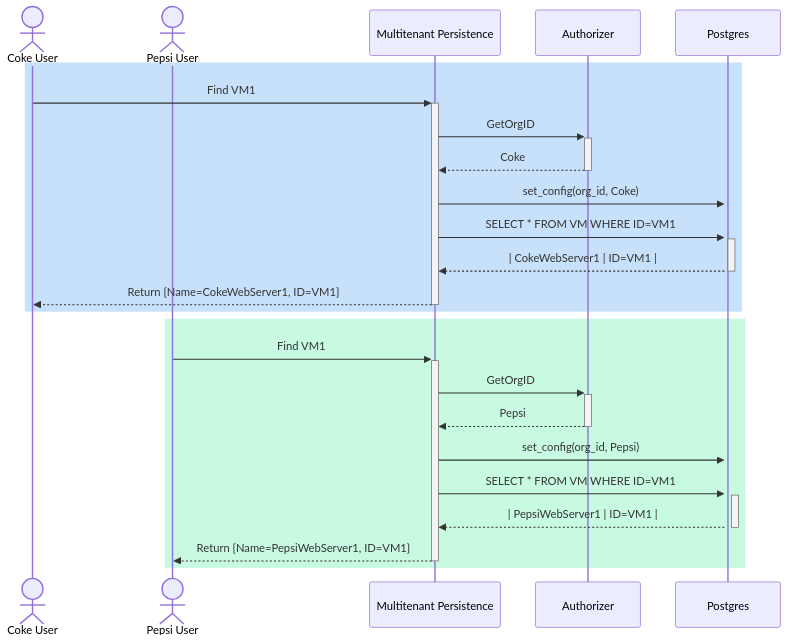
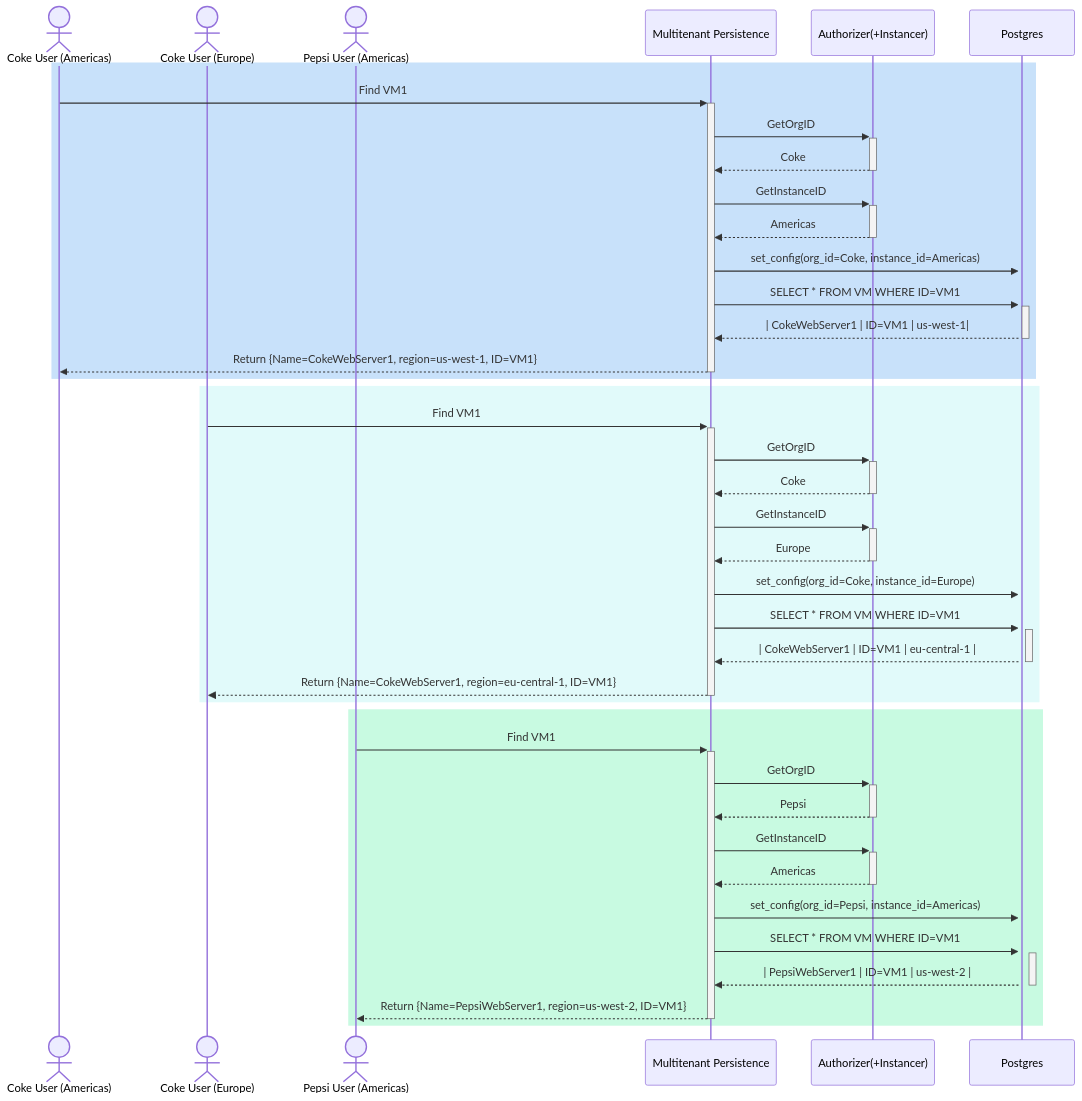
The diagram in README.md (vmware-labs/multi-tenant-persistence-for-saas), drawn with Mermaid before and after one commit. The commit also changed other lines of this file and 15 other files, not shown here.

````diff
--- a/README.md
+++ b/README.md
@@ -24,28 +25,45 @@
 ```mermaid
 sequenceDiagram
-    actor C as Coke User
-    actor P as Pepsi User
+    actor C1 as Coke User (Americas)
+    actor C2 as Coke User (Europe)
+    actor P as Pepsi User (Americas)
     participant M as Multitenant Persistence
-    participant A as Authorizer
+    participant A as Authorizer(+Instancer)
     participant DB as Postgres
 
     rect rgb(200, 225, 250)
-    C ->>+ M: Find VM1
+    C1 ->>+ M: Find VM1
     M ->>+ A: GetOrgID
     A -->>- M: Coke
-    M ->>+ DB: set_config(org_id, Coke)
+    M ->>+ A: GetInstanceID
+    A -->>- M: Americas
+    M ->>+ DB: set_config(org_id=Coke, instance_id=Americas)
     M ->>+ DB: SELECT * FROM VM WHERE ID=VM1
-    DB -->>- M: | CokeWebServer1 | ID=VM1 |
-    M -->>- C: Return {Name=CokeWebServer1, ID=VM1}
+    DB -->>- M: | CokeWebServer1 | ID=VM1 | us-west-1|
+    M -->>- C1: Return {Name=CokeWebServer1, region=us-west-1, ID=VM1}
+    end
+
+    rect rgb(225, 250, 250)
+    C2 ->>+ M: Find VM1
+    M ->>+ A: GetOrgID
+    A -->>- M: Coke
+    M ->>+ A: GetInstanceID
+    A -->>- M: Europe
+    M ->>+ DB: set_config(org_id=Coke, instance_id=Europe)
+    M ->>+ DB: SELECT * FROM VM WHERE ID=VM1
+    DB -->>- M: | CokeWebServer1 | ID=VM1 | eu-central-1 |
+    M -->>- C2: Return {Name=CokeWebServer1, region=eu-central-1, ID=VM1}
     end
 
     rect rgb(200, 250, 225)
     P ->>+ M: Find VM1
     M ->>+ A: GetOrgID
     A -->>- M: Pepsi
-    M ->>+ DB: set_config(org_id, Pepsi)
+    M ->>+ A: GetInstanceID
+    A -->>- M: Americas
+    M ->>+ DB: set_config(org_id=Pepsi, instance_id=Americas)
     M ->>+ DB: SELECT * FROM VM WHERE ID=VM1
-    DB -->>- M: | PepsiWebServer1 | ID=VM1 |
-    M -->>- P: Return {Name=PepsiWebServer1, ID=VM1}
+    DB -->>- M: | PepsiWebServer1 | ID=VM1 | us-west-2 |
+    M -->>- P: Return {Name=PepsiWebServer1, region=us-west-2, ID=VM1}
     end
 ```
````
